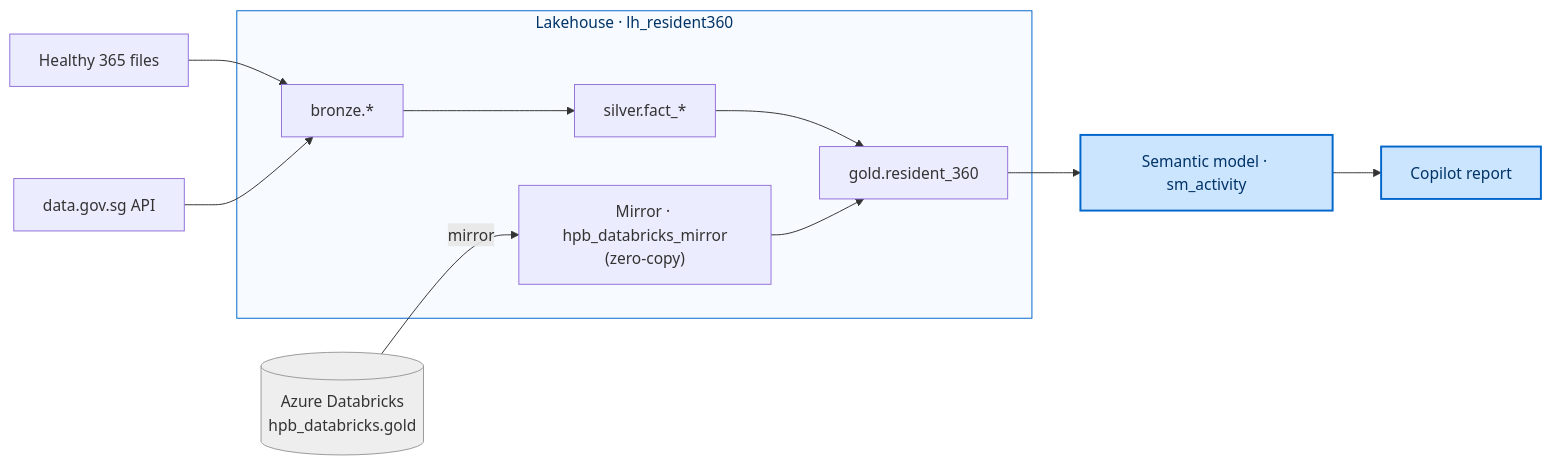
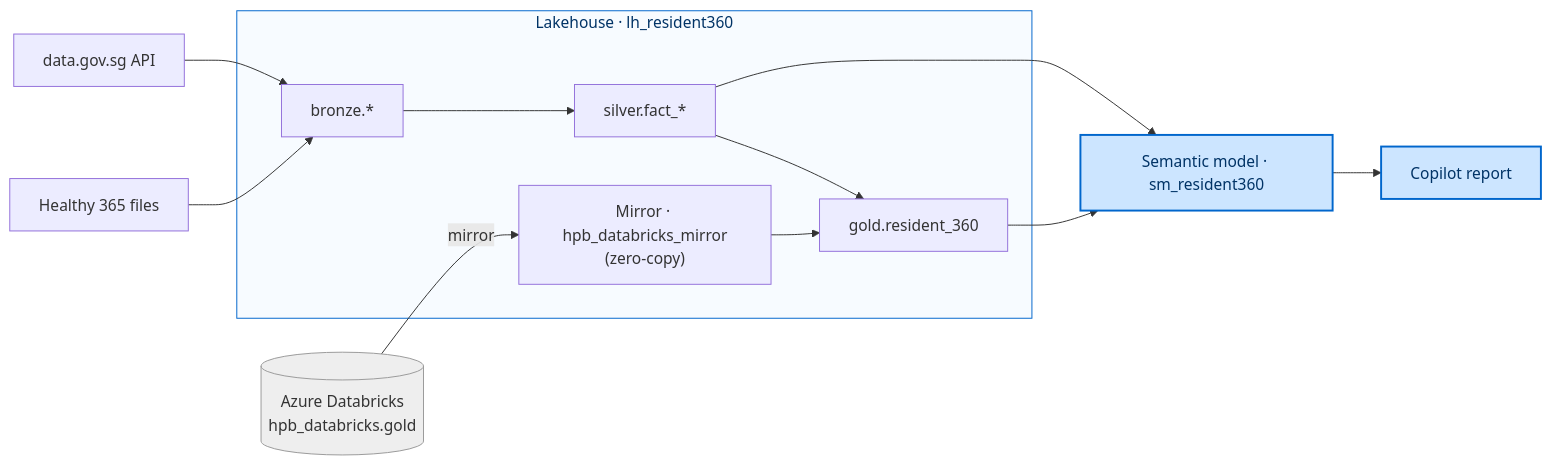
Before and after one commit to ericshawtyz/resident-360-data-workshop: the diagram in lab1-build-resident360/README.md, drawn with Mermaid. The commit also changed other lines of this file and 12 other files, not shown here.

First line of the commit message:
Lab 1/2/4: semantic-model parity + honest SM-vs-ontology comparison + hub-and-spoke framing

````diff
--- a/lab1-build-resident360/README.md
+++ b/lab1-build-resident360/README.md
@@ -23,25 +23,27 @@
 ```mermaid
 flowchart LR
   DBX[("Azure Databricks<br/>hpb_databricks.gold")]
   FILES["Healthy 365 files"]
   API["data.gov.sg API"]
   subgraph LH["Lakehouse · lh_resident360"]
     MIR["Mirror · hpb_databricks_mirror<br/>(zero-copy)"]
     BRZ["bronze.*"]
     SLV["silver.fact_*"]
     GLD["gold.resident_360"]
   end
-  SM["Semantic model · sm_activity"]
+  SM["Semantic model · sm_resident360"]
   RPT["Copilot report"]
   DBX -->|mirror| MIR
   FILES --> BRZ
   API --> BRZ
   BRZ --> SLV --> GLD
   MIR --> GLD
-  GLD --> SM --> RPT
+  GLD --> SM
+  SLV --> SM
+  SM --> RPT
   style LH fill:#f7fbff,stroke:#0066cc,color:#003366
   classDef item fill:#cce5ff,stroke:#0066cc,stroke-width:2px,color:#003366;
   class SM,RPT item;
   classDef done fill:#eeeeee,stroke:#999999,color:#333333;
   class DBX done;
 ```
````
